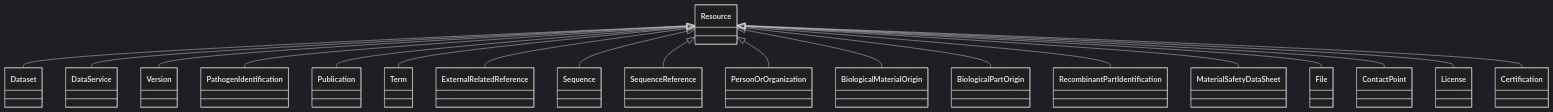
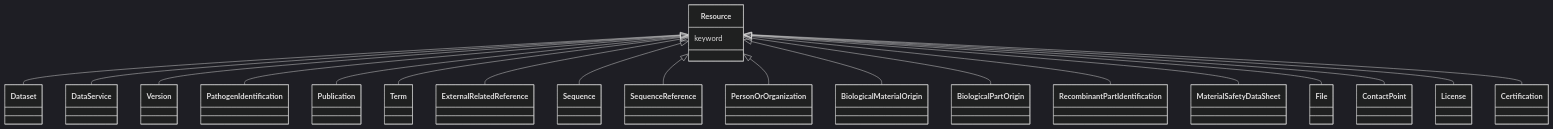
The diagram in models/docs/Resource.md (EVORA-project/evora-ontology), drawn with Mermaid (dark theme) before and after one commit. The commit also changed other lines of this file and 402 other files, not shown here.

````diff
--- a/models/docs/Resource.md
+++ b/models/docs/Resource.md
@@ -21,43 +21,45 @@
 ```mermaid
  classDiagram
     class Resource
     click Resource href "../Resource"
       Resource <|-- Dataset
         click Dataset href "../Dataset"
       Resource <|-- DataService
         click DataService href "../DataService"
       Resource <|-- Version
         click Version href "../Version"
       Resource <|-- PathogenIdentification
         click PathogenIdentification href "../PathogenIdentification"
       Resource <|-- Publication
         click Publication href "../Publication"
       Resource <|-- Term
         click Term href "../Term"
       Resource <|-- ExternalRelatedReference
         click ExternalRelatedReference href "../ExternalRelatedReference"
       Resource <|-- Sequence
         click Sequence href "../Sequence"
       Resource <|-- SequenceReference
         click SequenceReference href "../SequenceReference"
       Resource <|-- PersonOrOrganization
         click PersonOrOrganization href "../PersonOrOrganization"
       Resource <|-- BiologicalMaterialOrigin
         click BiologicalMaterialOrigin href "../BiologicalMaterialOrigin"
       Resource <|-- BiologicalPartOrigin
         click BiologicalPartOrigin href "../BiologicalPartOrigin"
       Resource <|-- RecombinantPartIdentification
         click RecombinantPartIdentification href "../RecombinantPartIdentification"
       Resource <|-- MaterialSafetyDataSheet
         click MaterialSafetyDataSheet href "../MaterialSafetyDataSheet"
       Resource <|-- File
         click File href "../File"
       Resource <|-- ContactPoint
         click ContactPoint href "../ContactPoint"
       Resource <|-- License
         click License href "../License"
       Resource <|-- Certification
         click Certification href "../Certification"
       
+      Resource : keyword
+        
       
 ```
````
